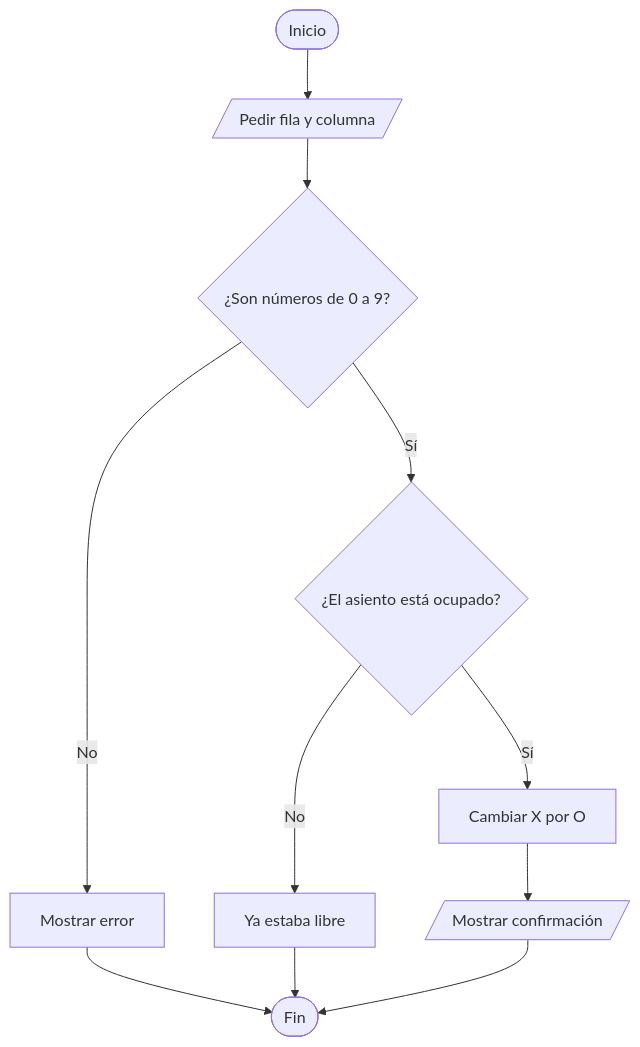
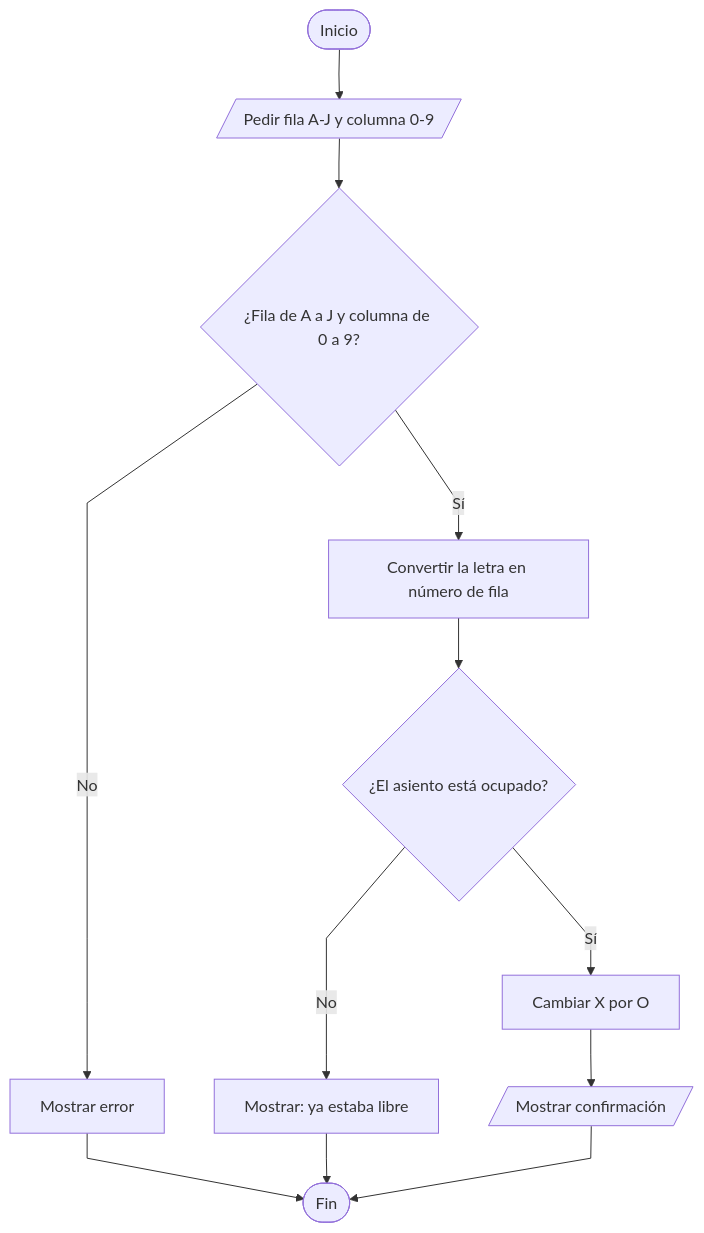
Before and after one commit to Roberto8322/Proyecto-Integrador-2-cine: the fourth of 6 diagrams in Documentacion/Dia-2-Diagramas-de-flujo.md, drawn with Mermaid. The commit also changed other lines of this file and 1 other file, not shown here.

Commit message:
Día 2: se agregan los diagramas de flujo, el diseño modular y la interfaz con filas de A a J y columnas de 0 a 9

````diff
--- a/Documentacion/Dia-2-Diagramas-de-flujo.md
+++ b/Documentacion/Dia-2-Diagramas-de-flujo.md
@@ -54,13 +61,15 @@
 ```mermaid
+%%{init: {'flowchart': {'curve': 'linear'}}}%%
 flowchart TD
-    A([Inicio]) --> B[/Pedir fila y columna/]
-    B --> C{"¿Son números de 0 a 9?"}
+    A([Inicio]) --> B[/Pedir fila A-J y columna 0-9/]
+    B --> C{"¿Fila de A a J y columna de 0 a 9?"}
     C -->|No| D[Mostrar error]
     D --> Z([Fin])
-    C -->|Sí| E{"¿El asiento está ocupado?"}
-    E -->|No| F[Ya estaba libre]
-    F --> Z
-    E -->|Sí| G[Cambiar X por O]
-    G --> H[/Mostrar confirmación/]
-    H --> Z
+    C -->|Sí| E[Convertir la letra en número de fila]
+    E --> F{"¿El asiento está ocupado?"}
+    F -->|No| G[Mostrar: ya estaba libre]
+    G --> Z
+    F -->|Sí| H[Cambiar X por O]
+    H --> I[/Mostrar confirmación/]
+    I --> Z
 ```
````
